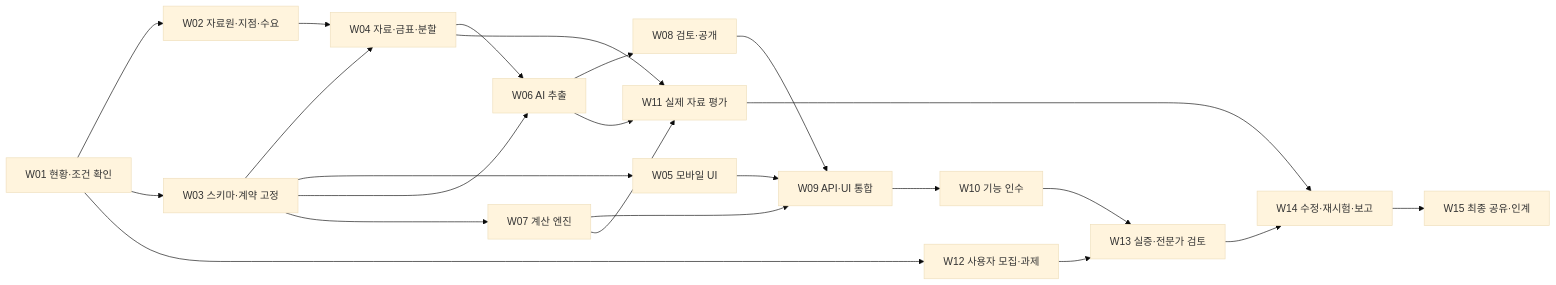
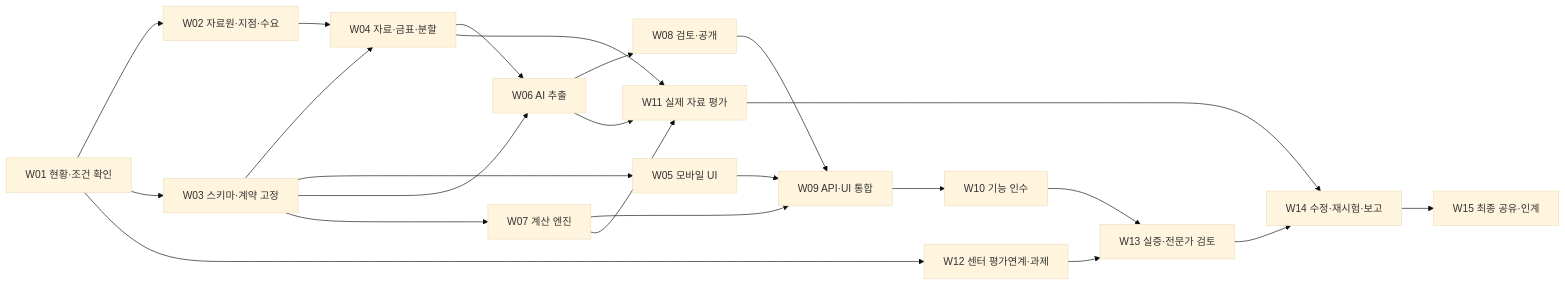
The diagram in docs/spec/06_개발실행계획.md (nam9ming/myai), drawn with Mermaid (base theme) before and after one commit. The commit also changed other lines of this file and 24 other files, not shown here.

````diff
--- a/docs/spec/06_개발실행계획.md
+++ b/docs/spec/06_개발실행계획.md
@@ -13,25 +13,25 @@
 ```mermaid
 flowchart LR
  W01[W01 현황·조건 확인] --> W02[W02 자료원·지점·수요]
  W01 --> W03[W03 스키마·계약 고정]
  W03 --> W04[W04 자료·금표·분할]
  W02 --> W04
  W03 --> W05[W05 모바일 UI]
  W03 --> W06[W06 AI 추출]
  W03 --> W07[W07 계산 엔진]
  W04 --> W06
  W06 --> W08[W08 검토·공개]
  W07 --> W09[W09 API·UI 통합]
  W05 --> W09
  W08 --> W09
  W09 --> W10[W10 기능 인수]
  W06 --> W11[W11 실제 자료 평가]
  W07 --> W11
  W04 --> W11
- W01 --> W12[W12 사용자 모집·과제]
+ W01 --> W12[W12 센터 평가연계·과제]
  W10 --> W13[W13 실증·전문가 검토]
  W12 --> W13
  W11 --> W14[W14 수정·재시험·보고]
  W13 --> W14
  W14 --> W15[W15 최종 공유·인계]
 ```
````
